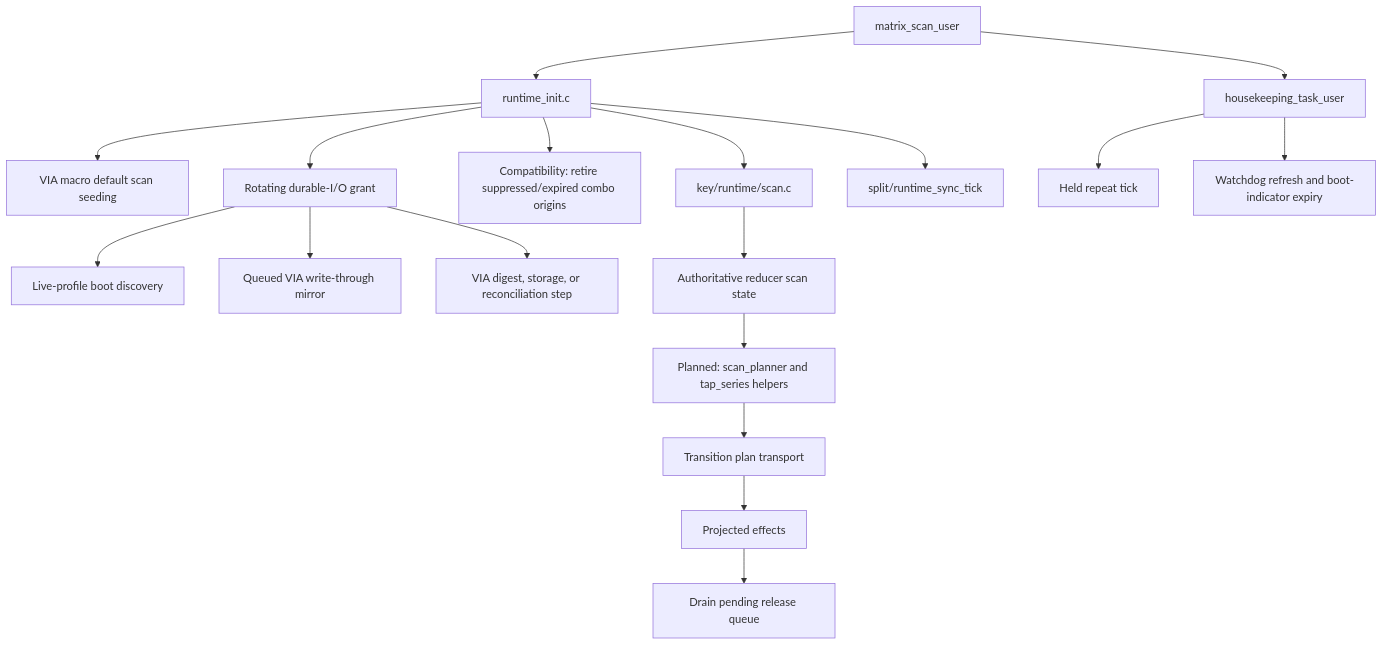
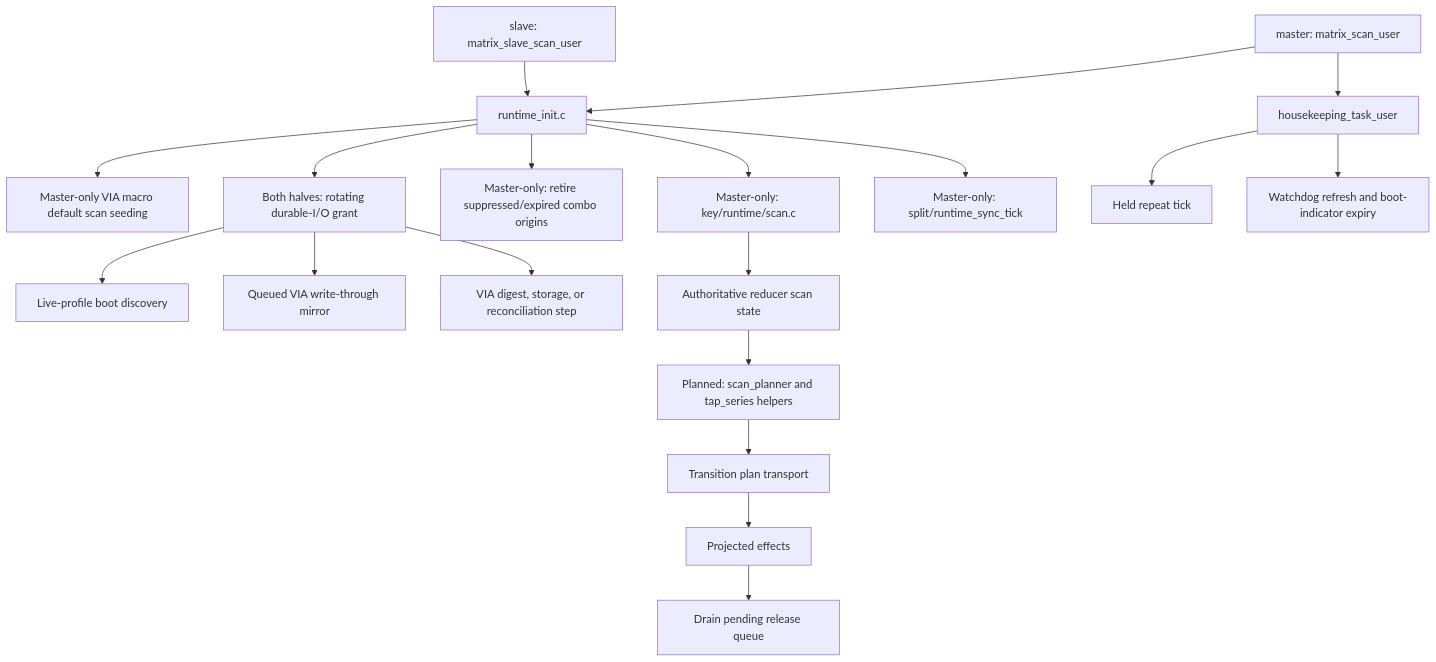
Before and after one commit to NoahCLR/charybdis-4x6: the fourth of 11 diagrams in docs/architecture/runtime-flow.md, drawn with Mermaid. The commit also changed other lines of this file and 24 other files, not shown here.

````diff
--- a/docs/architecture/runtime-flow.md
+++ b/docs/architecture/runtime-flow.md
@@ -96,20 +96,21 @@
 ```mermaid
 flowchart TD
-    scan["matrix_scan_user"] --> init["runtime_init.c"]
-    init --> via["VIA macro default scan seeding"]
-    init --> durable["Rotating durable-I/O grant"]
+    master_scan["master: matrix_scan_user"] --> init["runtime_init.c"]
+    slave_scan["slave: matrix_slave_scan_user"] --> init
+    init --> via["Master-only VIA macro default scan seeding"]
+    init --> durable["Both halves: rotating durable-I/O grant"]
     durable --> discovery["Live-profile boot discovery"]
     durable --> mirror["Queued VIA write-through mirror"]
     durable --> via_sync["VIA digest, storage, or reconciliation step"]
-    init --> combo["Compatibility: retire suppressed/expired combo origins"]
-    init --> key_scan["key/runtime/scan.c"]
+    init --> combo["Master-only: retire suppressed/expired combo origins"]
+    init --> key_scan["Master-only: key/runtime/scan.c"]
     key_scan --> reducer_scan["Authoritative reducer scan state"]
     reducer_scan --> scan_plan["Planned: scan_planner and tap_series helpers"]
     scan_plan --> transition["Transition plan transport"]
     transition --> projection["Projected effects"]
     projection --> pending["Drain pending release queue"]
-    init --> split["split/runtime_sync_tick"]
-    scan --> housekeeping["housekeeping_task_user"]
+    init --> split["Master-only: split/runtime_sync_tick"]
+    master_scan --> housekeeping["housekeeping_task_user"]
     housekeeping --> repeat["Held repeat tick"]
     housekeeping --> diag["Watchdog refresh and boot-indicator expiry"]
 ```
````
